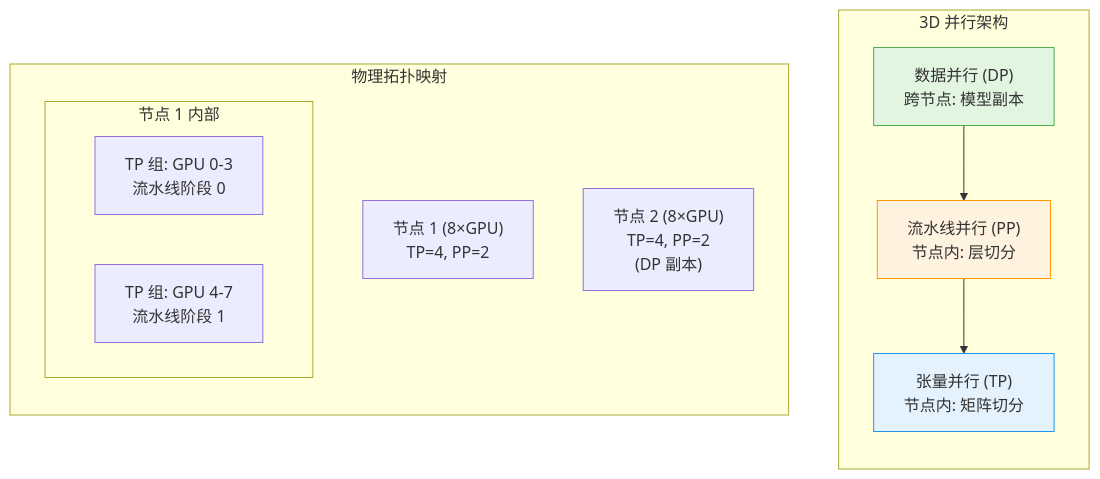
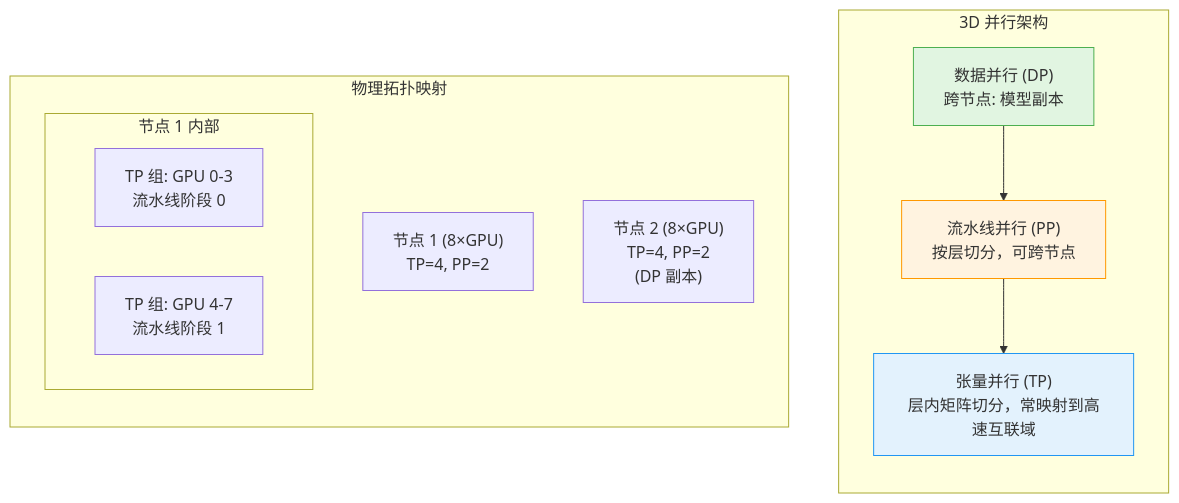
One commit to BeefWrap4/LLM-Knowledge-Base changed the eighth of 10 diagrams in 19_分布式训练系统.md. Above: the diagram before and after it, drawn with Mermaid. The commit also changed other lines of this file and 454 other files, not shown here.

````diff
--- a/19_分布式训练系统.md
+++ b/19_分布式训练系统.md
@@ -1085,27 +1112,27 @@
 ```mermaid
 graph TB
     subgraph "3D 并行架构"
         direction TB
         L3["数据并行 (DP)<br/>跨节点: 模型副本"]
-        L2["流水线并行 (PP)<br/>节点内: 层切分"]
-        L1["张量并行 (TP)<br/>节点内: 矩阵切分"]
+        L2["流水线并行 (PP)<br/>按层切分，可跨节点"]
+        L1["张量并行 (TP)<br/>层内矩阵切分，常映射到高速互联域"]
 
         L3 --> L2
         L2 --> L1
     end
 
     subgraph "物理拓扑映射"
         direction TB
         NODE1["节点 1 (8×GPU)<br/>TP=4, PP=2"]
         NODE2["节点 2 (8×GPU)<br/>TP=4, PP=2<br/>(DP 副本)"]
 
         subgraph "节点 1 内部"
             TP_GROUP1["TP 组: GPU 0-3<br/>流水线阶段 0"]
             TP_GROUP2["TP 组: GPU 4-7<br/>流水线阶段 1"]
         end
     end
 
     style L1 fill:#E3F2FD,stroke:#2196F3
     style L2 fill:#FFF3E0,stroke:#FF9800
     style L3 fill:#E1F5E1,stroke:#4CAF50
 ```
````
